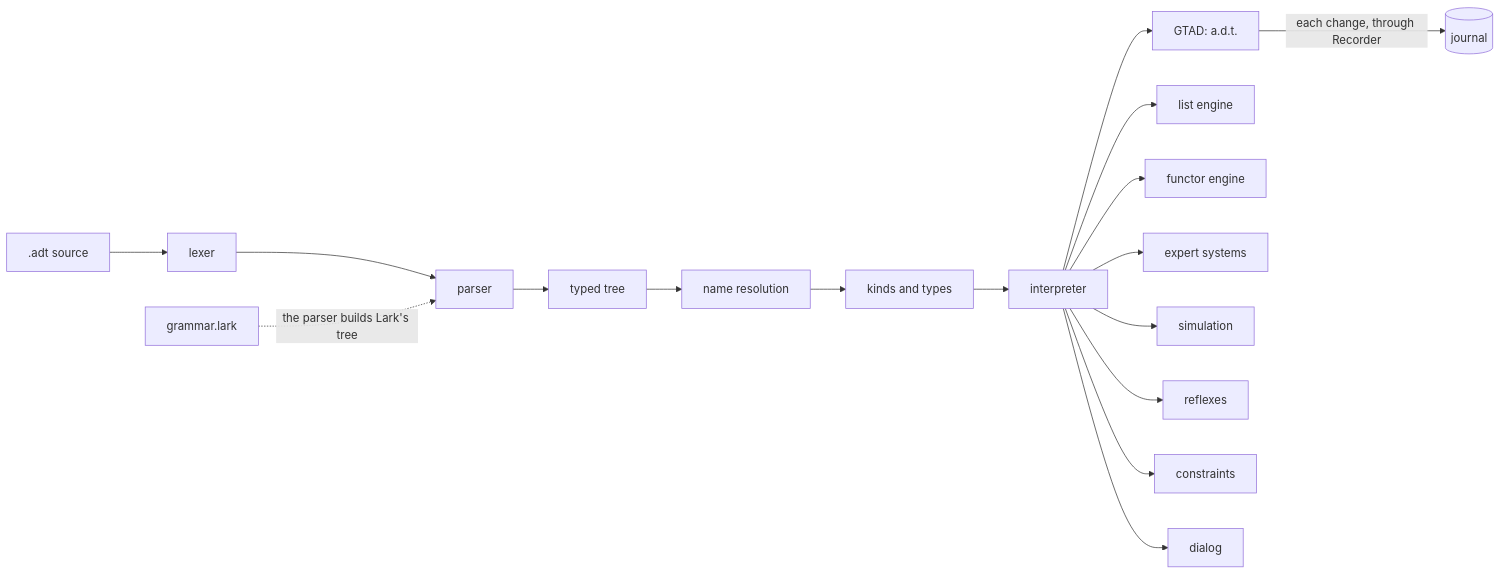
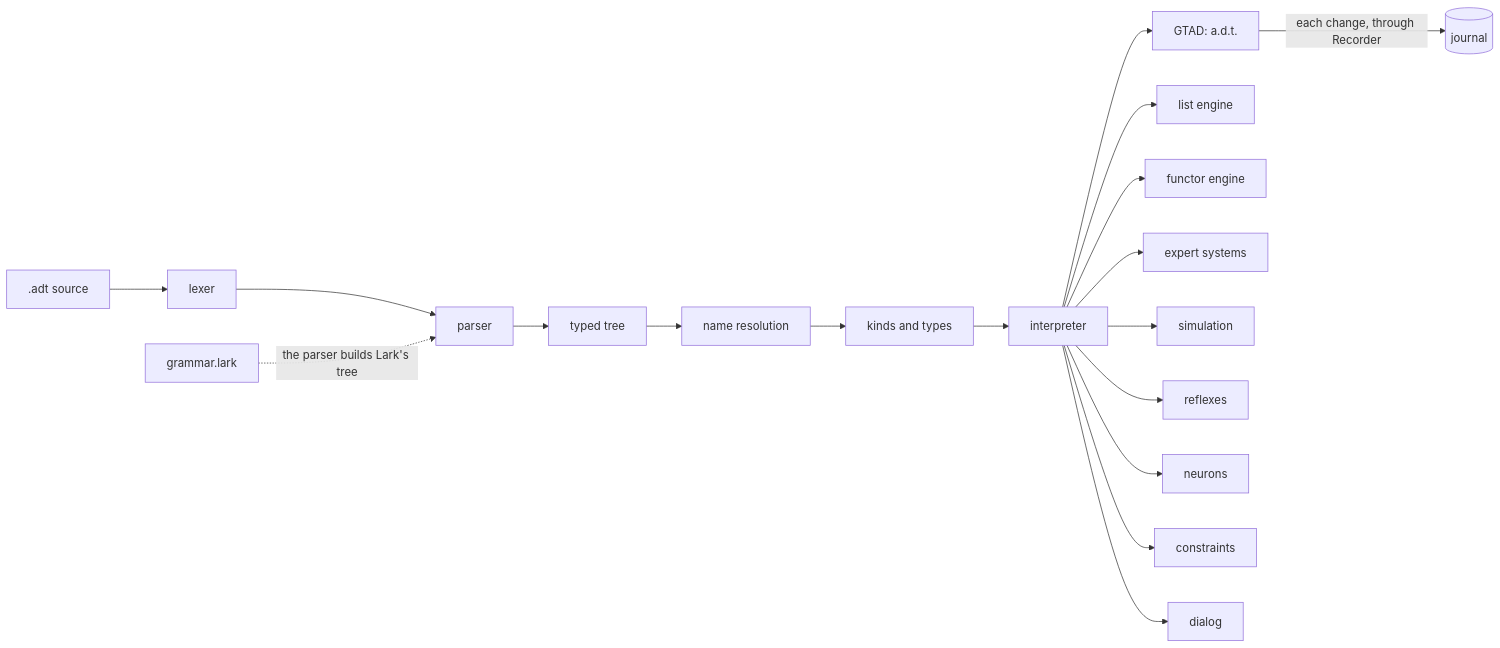
One commit to nrdufour/embryo-systems changed the first of 2 diagrams in README.md. Above: the diagram before and after it, drawn with Mermaid. The commit also changed other lines of this file and 18 other files, not shown here.

First line of the commit message:
neurons: figure 58's NEURON, a reflex that stores, saturates and learns

````diff
--- a/README.md
+++ b/README.md
@@ -71,16 +72,17 @@
 ```mermaid
 flowchart LR
     src[".adt source"] --> lexer --> parser --> lower["typed tree"]
     lower --> names["name resolution"] --> types["kinds and types"]
     types --> interp[interpreter]
     interp --> gtad["GTAD: a.d.t."]
     interp --> lists["list engine"]
     interp --> functors["functor engine"]
     interp --> rules["expert systems"]
     interp --> sim["simulation"]
     interp --> reflexes["reflexes"]
+    interp --> neurons["neurons"]
     interp --> constraints["constraints"]
     interp --> dialog["dialog"]
     gtad -- "each change, through Recorder" --> journal[(journal)]
     grammar["grammar.lark"] -. "the parser builds Lark's tree" .-> parser
 ```
````
